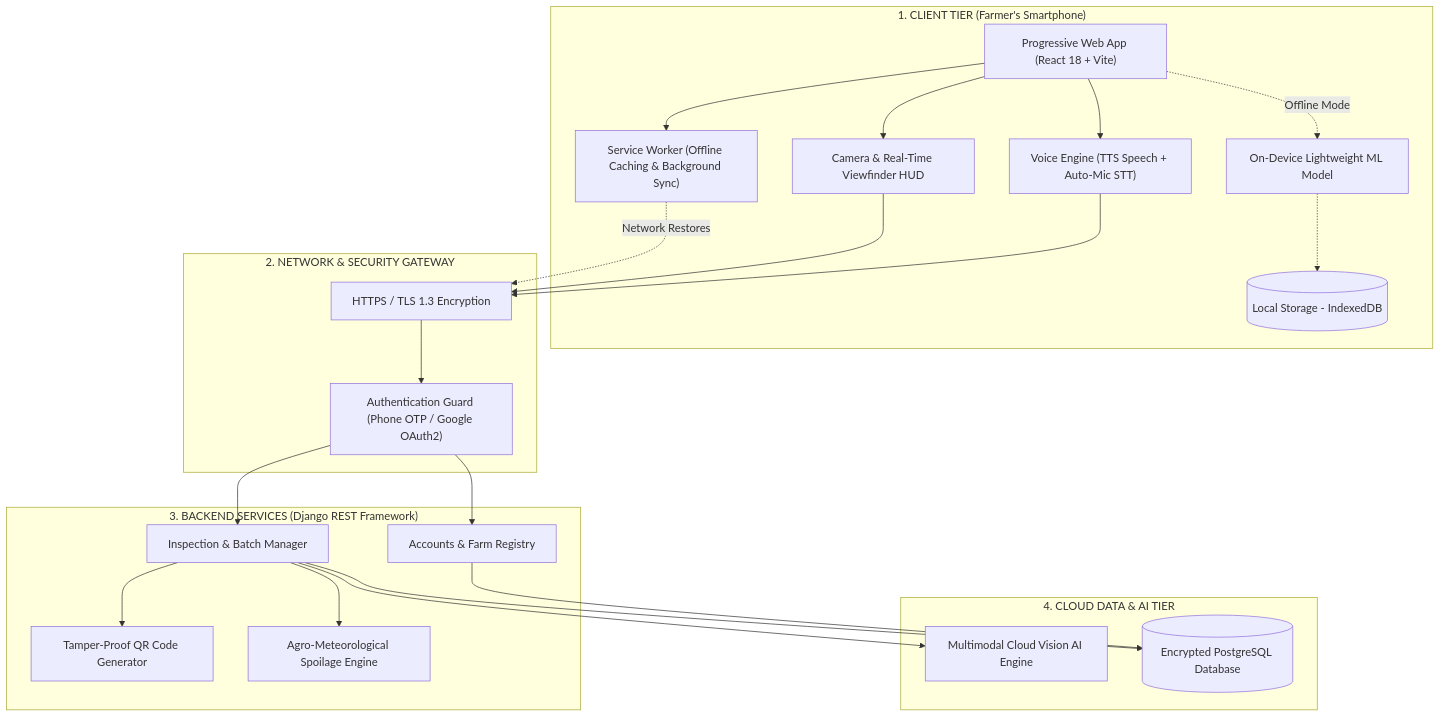
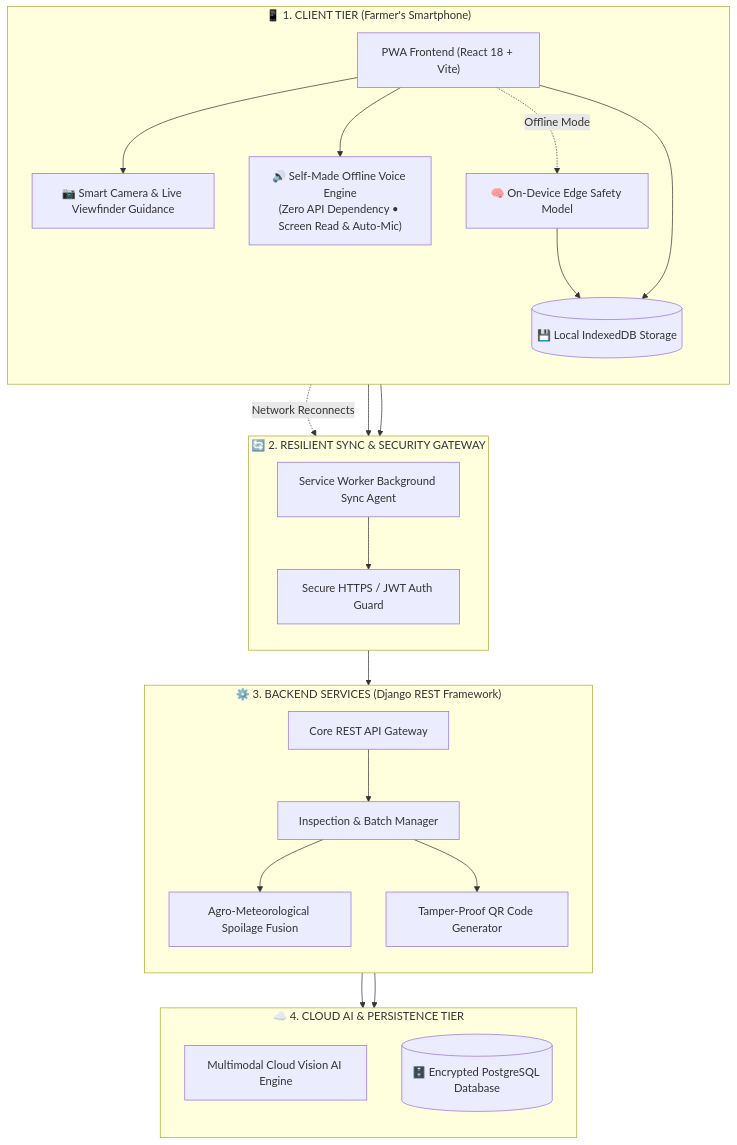
One commit to god-the-coder/SIH-PashuChara changed the second of 2 diagrams in README.md. Above: the diagram before and after it, drawn with Mermaid. The commit also changed other lines of this file, not shown here.

Commit message:
docs: optimize system architecture layout aspect ratio and document self-made offline voice engine

````diff
--- a/README.md
+++ b/README.md
@@ -138,51 +142,54 @@
 ```mermaid
-graph TB
-    subgraph ClientLayer ["1. CLIENT TIER (Farmer's Smartphone)"]
-        PWA["Progressive Web App (React 18 + Vite)"]
-        CamView["Camera & Real-Time Viewfinder HUD"]
-        VoiceModule["Voice Engine (TTS Speech + Auto-Mic STT)"]
-        LocalDB[("Local Storage - IndexedDB")]
-        EdgeModel["On-Device Lightweight ML Model"]
-        SyncWorker["Service Worker (Offline Caching & Background Sync)"]
+flowchart TD
+    subgraph Tier1 ["📱 1. CLIENT TIER (Farmer's Smartphone)"]
+        direction TB
+        App["PWA Frontend (React 18 + Vite)"]
+        OfflineVoice["🔊 Self-Made Offline Voice Engine<br/>(Zero API Dependency • Screen Read & Auto-Mic)"]
+        ViewfinderHUD["📷 Smart Camera & Live Viewfinder Guidance"]
+        EdgeModel["🧠 On-Device Edge Safety Model"]
+        LocalStore[("💾 Local IndexedDB Storage")]
     end
 
-    subgraph GatewayLayer ["2. NETWORK & SECURITY GATEWAY"]
-        HTTPS["HTTPS / TLS 1.3 Encryption"]
-        JWT["Authentication Guard (Phone OTP / Google OAuth2)"]
+    subgraph Tier2 ["🔄 2. RESILIENT SYNC & SECURITY GATEWAY"]
+        direction TB
+        Worker["Service Worker Background Sync Agent"]
+        AuthSecurity["Secure HTTPS / JWT Auth Guard"]
     end
 
-    subgraph BackendLayer ["3. BACKEND SERVICES (Django REST Framework)"]
-        AuthService["Accounts & Farm Registry"]
-        InspectService["Inspection & Batch Manager"]
-        QRService["Tamper-Proof QR Code Generator"]
-        WeatherService["Agro-Meteorological Spoilage Engine"]
+    subgraph Tier3 ["⚙️ 3. BACKEND SERVICES (Django REST Framework)"]
+        direction TB
+        APIGateway["Core REST API Gateway"]
+        InspectionEngine["Inspection & Batch Manager"]
+        WeatherEngine["Agro-Meteorological Spoilage Fusion"]
+        QRGenerator["Tamper-Proof QR Code Generator"]
     end
 
-    subgraph DataAILayer ["4. CLOUD DATA & AI TIER"]
-        CloudAI["Multimodal Cloud Vision AI Engine"]
-        PostgresDB[("Encrypted PostgreSQL Database")]
+    subgraph Tier4 ["☁️ 4. CLOUD AI & PERSISTENCE TIER"]
+        direction TB
+        CloudVision["Multimodal Cloud Vision AI Engine"]
+        Database[("🗄️ Encrypted PostgreSQL Database")]
     end
 
-    %% Flow connections
-    PWA --> CamView
-    PWA --> VoiceModule
-    PWA --> SyncWorker
+    %% Client internal flow
+    App --> ViewfinderHUD
+    App --> OfflineVoice
+    App -.->|Offline Mode| EdgeModel
+    EdgeModel --> LocalStore
+    App --> LocalStore
 
-    %% Offline handling
-    PWA -.->|Offline Mode| EdgeModel
-    EdgeModel -.-> LocalDB
-    SyncWorker -.->|Network Restores| HTTPS
+    %% Offline sync flow
+    LocalStore -.->|Network Reconnects| Worker
+    Worker --> AuthSecurity
 
-    %% Online handling
-    CamView --> HTTPS
-    VoiceModule --> HTTPS
-    HTTPS --> JWT
-    JWT --> AuthService
-    JWT --> InspectService
-    
-    InspectService --> CloudAI
-    InspectService --> WeatherService
-    InspectService --> QRService
-    InspectService --> PostgresDB
-    AuthService --> PostgresDB
+    %% Online flow
+    ViewfinderHUD --> AuthSecurity
+    OfflineVoice --> AuthSecurity
+    AuthSecurity --> APIGateway
+
+    %% Backend internal dispatch
+    APIGateway --> InspectionEngine
+    InspectionEngine --> CloudVision
+    InspectionEngine --> WeatherEngine
+    InspectionEngine --> QRGenerator
+    InspectionEngine --> Database
 ```
````
